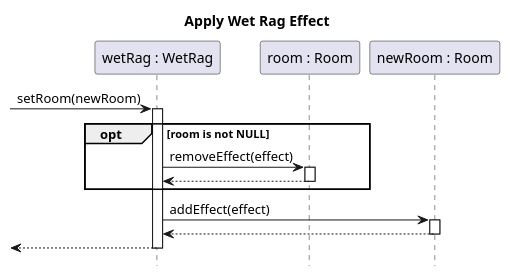
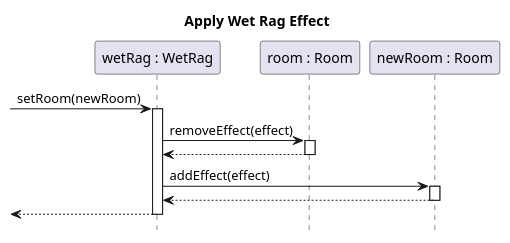
The diagram in docs/diagrams/sequence/item-wet-rag-set-room.puml (sn4k3ch4rm3r/logarlec), drawn with PlantUML before and after one commit. The commit also changed 9 other files, not shown here.

```diff
--- a/docs/diagrams/sequence/item-wet-rag-set-room.puml
+++ b/docs/diagrams/sequence/item-wet-rag-set-room.puml
@@ -1,19 +1,17 @@
 @startuml item-wet-rag-set-room
 
 title Apply Wet Rag Effect
 hide footbox
 
 participant "wetRag : WetRag" as wetRag
 participant "room : Room" as prev
 participant "newRoom : Room" as room
 
 [-> wetRag ++: setRoom(newRoom)
-	opt room is not NULL
-		wetRag -> prev ++: removeEffect(effect)
-		return
-	end
+	wetRag -> prev ++: removeEffect(effect)
+	return
 	wetRag -> room ++: addEffect(effect)
 	return
 return
 
 @enduml
```
